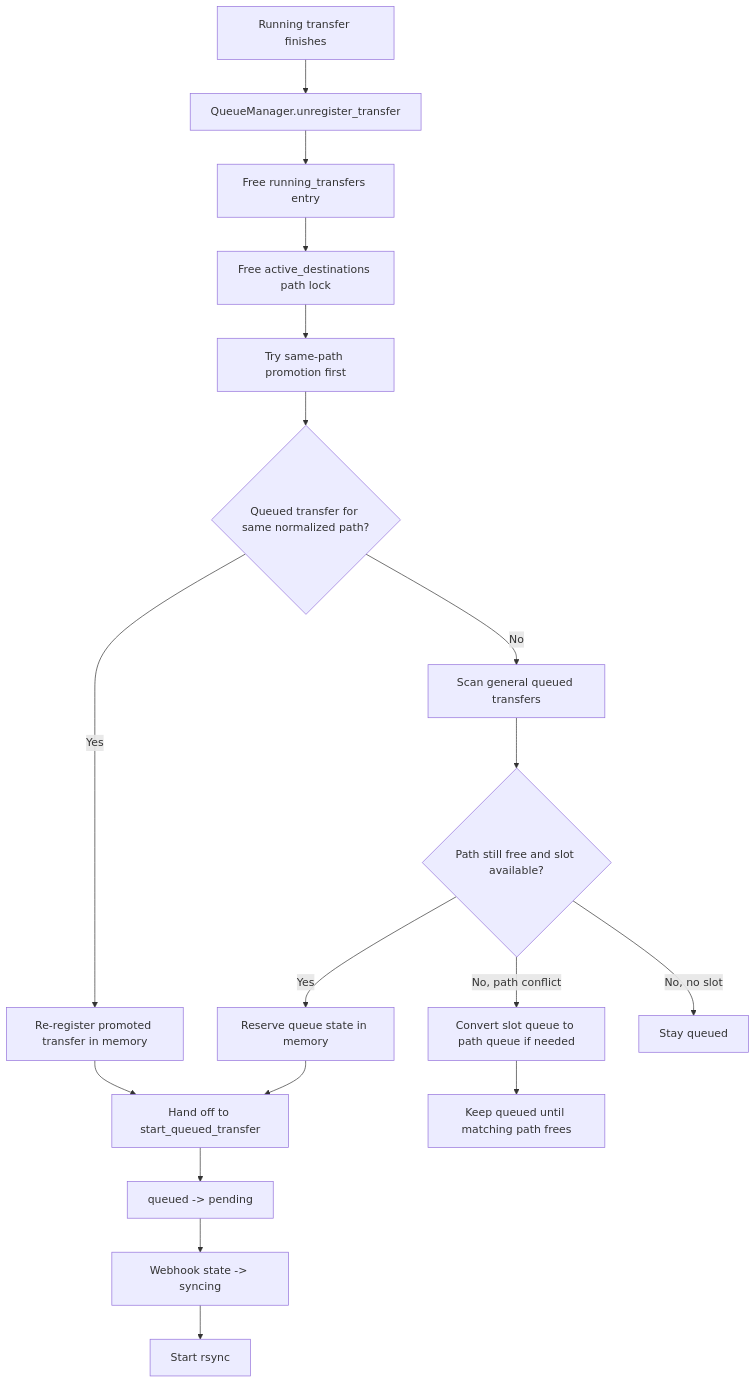
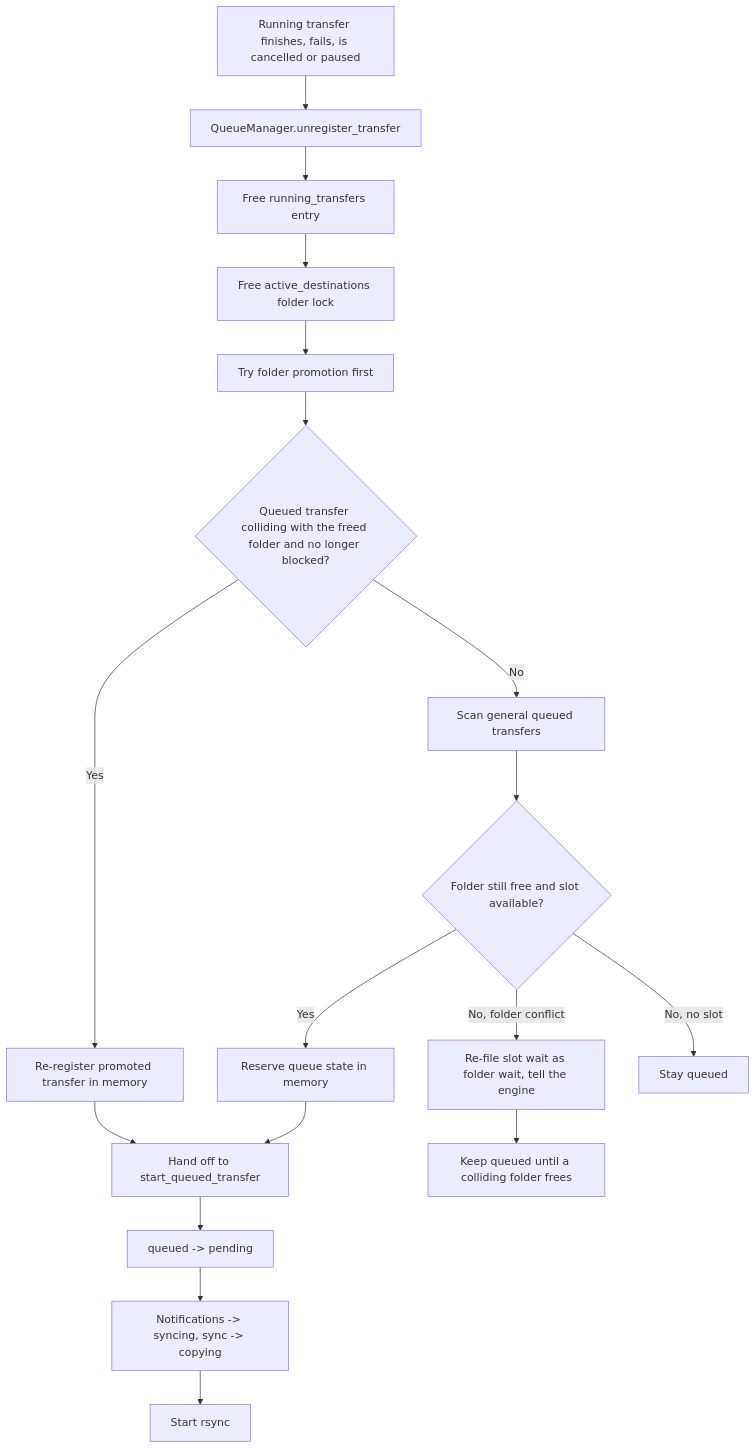
Before and after one commit to dragon-db/dragoncp-ui: the second of 3 diagrams in docs/features/queue/README.md, drawn with Mermaid. The commit also changed other lines of this file and 70 other files, not shown here.

First line of the commit message:
SYNC ENGINE V3: one pipeline for every sync

````diff
--- a/docs/features/queue/README.md
+++ b/docs/features/queue/README.md
@@ -78,20 +105,20 @@
 ```mermaid
 flowchart TD
-    A[Running transfer finishes] --> B[QueueManager.unregister_transfer]
+    A[Running transfer finishes, fails, is cancelled or paused] --> B[QueueManager.unregister_transfer]
     B --> C[Free running_transfers entry]
-    C --> D[Free active_destinations path lock]
-    D --> E[Try same-path promotion first]
-    E --> F{Queued transfer for same normalized path?}
+    C --> D[Free active_destinations folder lock]
+    D --> E[Try folder promotion first]
+    E --> F{Queued transfer colliding with the freed folder and no longer blocked?}
     F -->|Yes| G[Re-register promoted transfer in memory]
     G --> H[Hand off to start_queued_transfer]
     H --> I[queued -> pending]
-    I --> J[Webhook state -> syncing]
+    I --> J[Notifications -> syncing, sync -> copying]
     J --> K[Start rsync]
     F -->|No| L[Scan general queued transfers]
-    L --> M{Path still free and slot available?}
+    L --> M{Folder still free and slot available?}
     M -->|Yes| N[Reserve queue state in memory]
     N --> H
-    M -->|No, path conflict| O[Convert slot queue to path queue if needed]
-    O --> P[Keep queued until matching path frees]
+    M -->|No, folder conflict| O[Re-file slot wait as folder wait, tell the engine]
+    O --> P[Keep queued until a colliding folder frees]
     M -->|No, no slot| Q[Stay queued]
 ```
````
